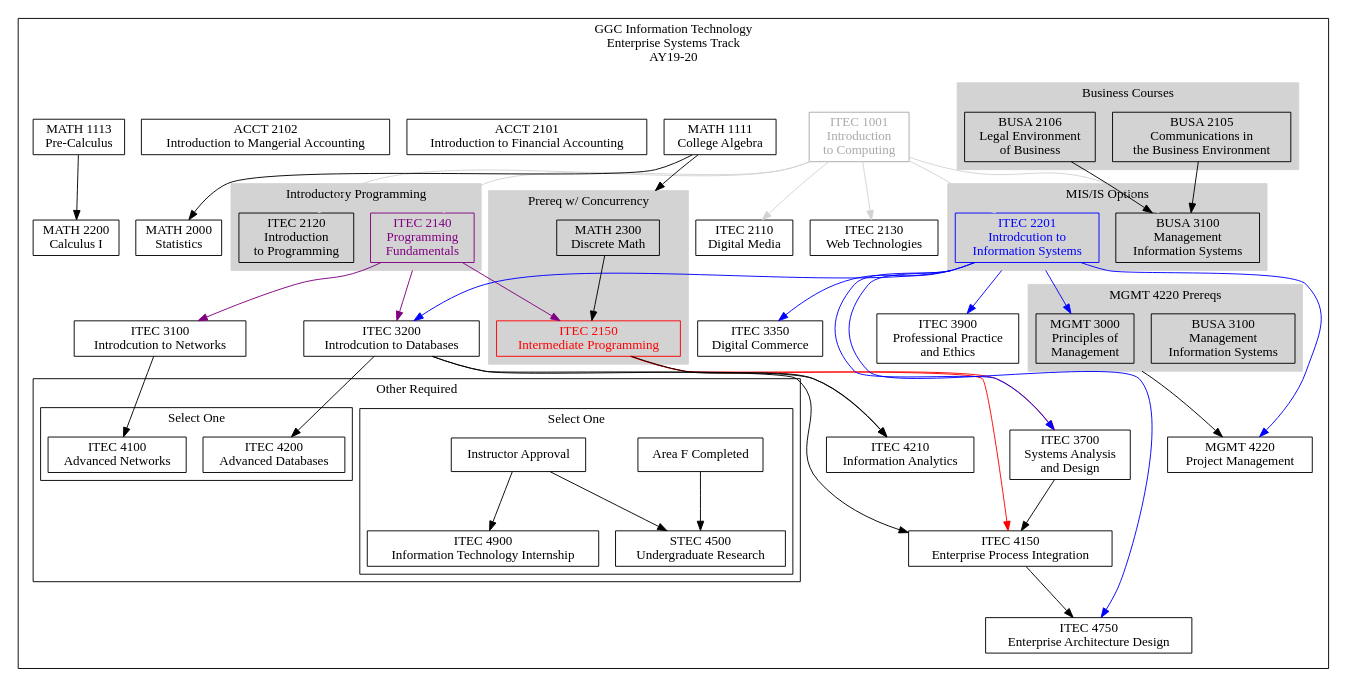
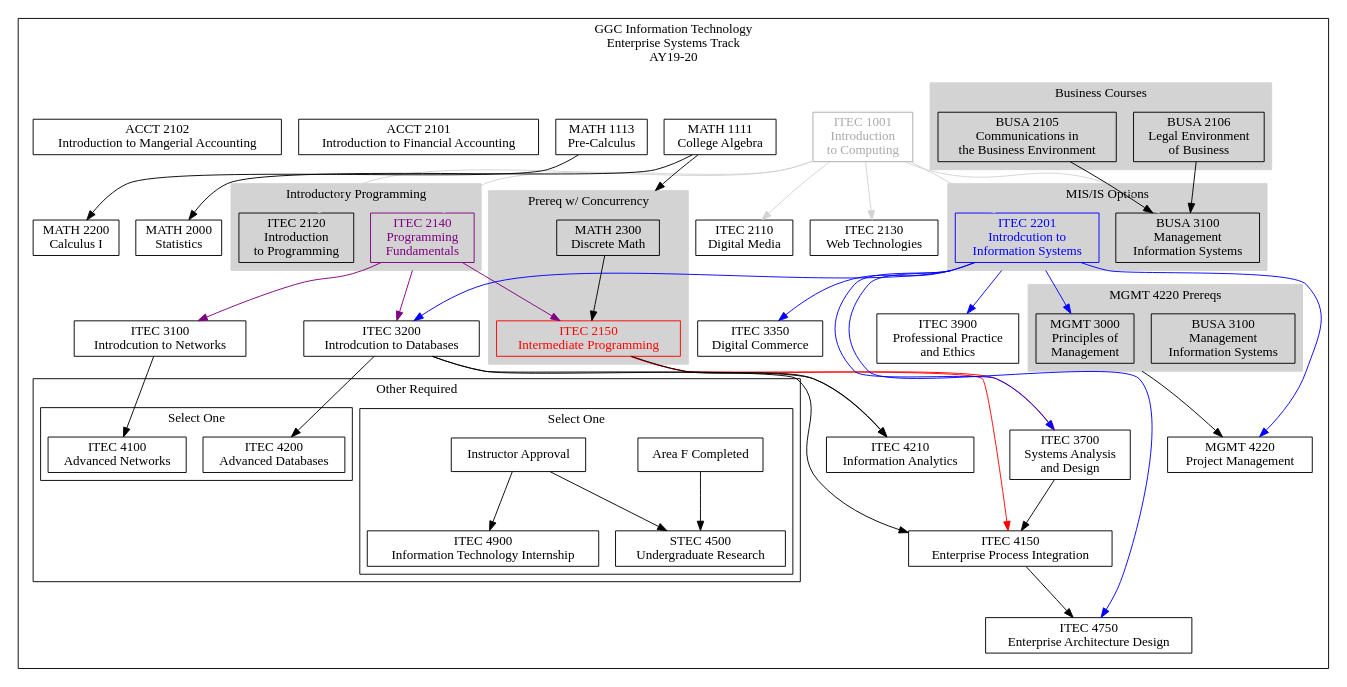
One commit to rjlutz/itec-plans changed the diagram in AY19-20/EnterpriseSystems.dot. Above: the diagram before and after it, drawn with Graphviz. The commit also changed other lines of this file and 9 other files, not shown here.

```diff
--- a/AY19-20/EnterpriseSystems.dot
+++ b/AY19-20/EnterpriseSystems.dot
@@ -1,153 +1,153 @@
 digraph G {
 
     node [shape = record, fontname="Sans serif" fontsize="14"];
     compound = true //  needed to link clusters and nodes
     splines = true
     ranksep=0.75
 
      // All
     itec1001[label = "ITEC 1001\nIntroduction \nto Computing" color=darkgray fontcolor=darkgray]
     itec2110[label = "ITEC 2110\nDigital Media"]
     itec2120[label = "ITEC 2120\nIntroduction\nto Programming"]
     itec2130[label = "ITEC 2130\nWeb Technologies"]
     itec2140[label = "ITEC 2140\nProgramming \nFundamentals" color=purple fontcolor=purple]
     itec2150[label = "ITEC 2150\nIntermediate Programming" color=red fontcolor=red]
     itec2201[label = "ITEC 2201\nIntrodcution to\nInformation Systems" color=blue fontcolor=blue]
     itec3100[label = "ITEC 3100\nIntrodcution to Networks"]
     itec3200[label = "ITEC 3200\nIntrodcution to Databases"]
     itec3900[label = "ITEC 3900\nProfessional Practice\nand Ethics"]
     busa2105[label = "BUSA 2105\nCommunications in\nthe Business Environment"]
     busa2106[label = "BUSA 2106\nLegal Environment\nof Business"]
     busa3100[label = "BUSA 3100\nManagement \nInformation Systems"]
     busb3100[label = "BUSA 3100\nManagement \nInformation Systems"] //  a hack, a copy for ES 
+    math1111[label = "MATH 1111\nCollege Algebra"]
     math1113[label = "MATH 1113\nPre-Calculus"]
     math2300[label = "MATH 2300\nDiscrete Math"]
     math2000[label = "MATH 2000\nStatistics"]
     math2200[label = "MATH 2200\nCalculus I"]
     mgmt3000[label = "MGMT 3000\nPrinciples of\nManagement"]
 
     // Enterprise Systems
     itec3350[label = "ITEC 3350\nDigital Commerce"]
     itec3700[label = "ITEC 3700\nSystems Analysis\nand Design"]
     itec4100[label = "ITEC 4100\nAdvanced Networks"]
     itec4150[label = "ITEC 4150\nEnterprise Process Integration"]
     itec4200[label = "ITEC 4200\nAdvanced Databases"]
     itec4210[label = "ITEC 4210\nInformation Analytics"]
     itec4750[label = "ITEC 4750\nEnterprise Architecture Design"]
     itec4900[label = "ITEC 4900\nInformation Technology Internship"]
     stec4500[label = "STEC 4500\nUndergraduate Research"]
     areaF[label = "Area F Completed"]
     instructorapproval[label = "Instructor Approval"]
     acct2101[label = "ACCT 2101\nIntroduction to Financial Accounting"]
     acct2102[label = "ACCT 2102\nIntroduction to Mangerial Accounting"]
-    math1111[label = "MATH 1111\nCollege Algebra"]
     mgmt4220[label = "MGMT 4220\nProject Management"]
 
 
     subgraph clusteres {
         label="GGC Information Technology\nEnterprise Systems Track\nAY19-20"
 
         subgraph clusterrequired {
             label=""
             node [style=filled];
             style=filled;
 
             color="#FFFFFF";
 
             acct2101
             acct2102
             itec1001 -> itec2110 [color=lightgray]
 
             itec1001 -> itec2120 [color=lightgray]
             itec1001 -> itec2130 [color=lightgray]
             itec1001 -> itec2201 [color=lightgray]
             itec1001 -> busa3100 [color=lightgray]
             itec2140 -> itec2150 [color=purple]
             itec2140 -> itec3100 [color=purple]
             itec2201 -> itec3200 [ltail=cluster22013100 color=blue]
             itec2140 -> itec3200 [ltail=cluster21202140 color=purple]
 
             itec2201 -> itec3350 [ltail=cluster22013100 color=blue]
             itec2150 -> itec4150 [color=red]
             itec3200 -> itec4150
             itec3700 -> itec4150
             itec2201 -> itec4750 [color=blue]
             itec4150 -> itec4750
             itec2201 -> mgmt4220 [color=blue]
             mgmt3000 -> mgmt4220 [ltail=cluster30003100]
             itec2150 -> itec4210
             itec3200 -> itec4210
             itec3100 -> itec4100
             itec3200 -> itec4200
 
             busa2106 -> busa3100
             busa2105 -> busa3100
             itec1001 -> itec2140 [color=lightgray]
 
             itec2150 -> itec3700 [lltail=clusterdiscrete color=red]
             itec2201 -> itec3700 [color=blue]
 
             itec2201 -> itec3900 [ltail=cluster22013100 color=blue]
             itec2201 -> mgmt3000 [ltail=cluster22013100 color=blue]
 
             math1113 -> math2200
             math1111 -> math2000
             math1111 -> math2300 [lhead=clusterdiscrete]
 
             subgraph cluster21202140 {
                 label = "Introductory Programming";
                 color=lightgrey;
                 itec2120
                 itec2140
             }
             subgraph cluster30003100 {
                 label = "MGMT 4220 Prereqs";
                 color=lightgrey;
                 busb3100
                 mgmt3000
                 
             }
             subgraph cluster22013100 {
                 label = "MIS/IS Options";
                 color=lightgrey;
                 busa3100
                 itec2201
             }
             subgraph cluster21052106 {
                 label = "Business Courses"
                 color=lightgrey;
                 busa2105
                 busa2106
             }
             
             subgraph clusterdiscrete {
                 label = "Prereq w/ Concurrency";
                 node [style=filled];
                 style=filled;
                 color=lightgrey;
                 math2300 -> itec2150
             }
 
             subgraph clusterotherrequired {
                 label = "Other Required"
                 node [style=filled];
                 style=filled;
                 graph[style=solid]
                 color=black;
 
                 subgraph clusteritecopt1 {
                     label = "Select One";
                     areaF -> stec4500
                     instructorapproval -> stec4500
                     instructorapproval -> itec4900
                 }
 
                 subgraph clusteritecopt2 {
                     label = "Select One";
                     itec4100
                     itec4200
                 }
             }
         }    
     }
 }
```
